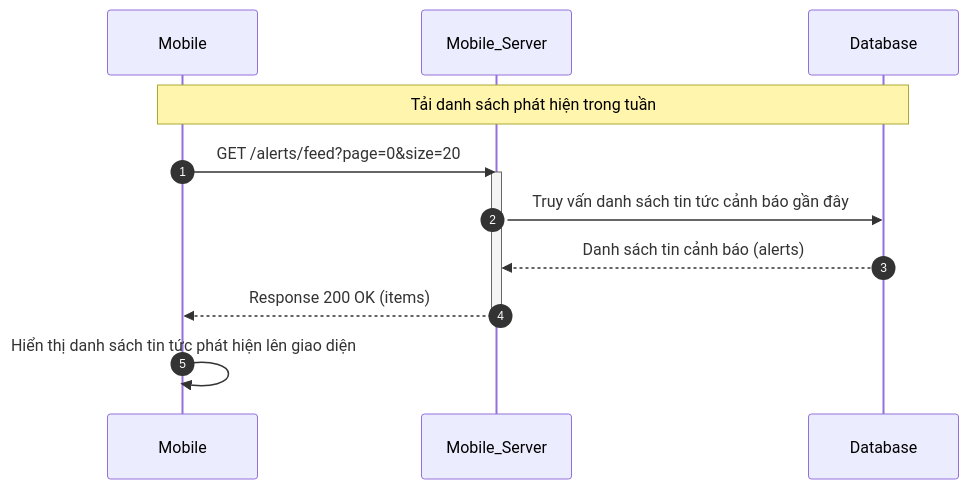
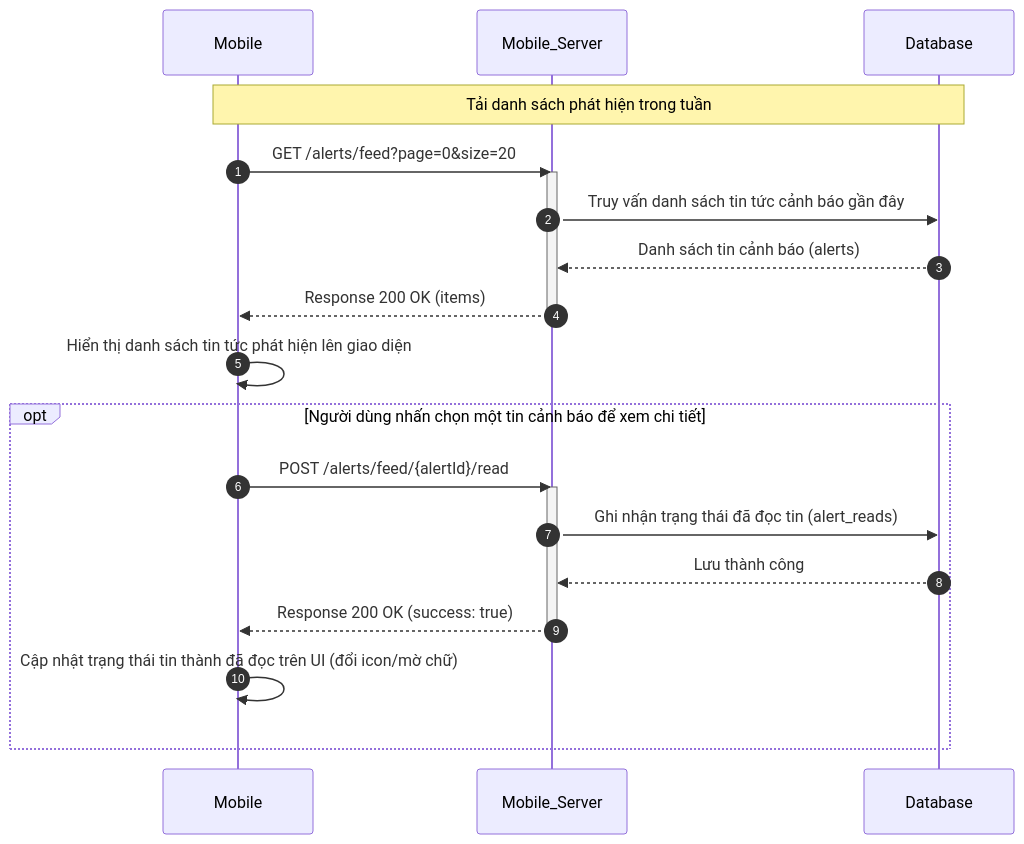
The eighth of 21 diagrams in docs/04-sequence-diagram.md (trungnguyenthien/Wildlife-Warning-and-Deterrence-System), drawn with Mermaid before and after one commit. The commit also changed other lines of this file and 3 other files, not shown here.

Commit message:
docs: update sequence and mobile API documentation and add new agent skill profile

````diff
--- a/docs/04-sequence-diagram.md
+++ b/docs/04-sequence-diagram.md
@@ -317,16 +317,26 @@
 ```mermaid
 sequenceDiagram
     autonumber
     participant Mobile as Mobile
     participant Mobile_Server as Mobile_Server
     participant Database as Database
 
     Note over Mobile, Database: Tải danh sách phát hiện trong tuần
     Mobile->>Mobile_Server: GET /alerts/feed?page=0&size=20
     activate Mobile_Server
     Mobile_Server->>Database: Truy vấn danh sách tin tức cảnh báo gần đây
     Database-->>Mobile_Server: Danh sách tin cảnh báo (alerts)
     Mobile_Server-->>Mobile: Response 200 OK (items)
     deactivate Mobile_Server
     Mobile->>Mobile: Hiển thị danh sách tin tức phát hiện lên giao diện
+
+    opt Người dùng nhấn chọn một tin cảnh báo để xem chi tiết
+        Mobile->>Mobile_Server: POST /alerts/feed/{alertId}/read
+        activate Mobile_Server
+        Mobile_Server->>Database: Ghi nhận trạng thái đã đọc tin (alert_reads)
+        Database-->>Mobile_Server: Lưu thành công
+        Mobile_Server-->>Mobile: Response 200 OK (success: true)
+        deactivate Mobile_Server
+        Mobile->>Mobile: Cập nhật trạng thái tin thành đã đọc trên UI (đổi icon/mờ chữ)
+    end
 ```
````
